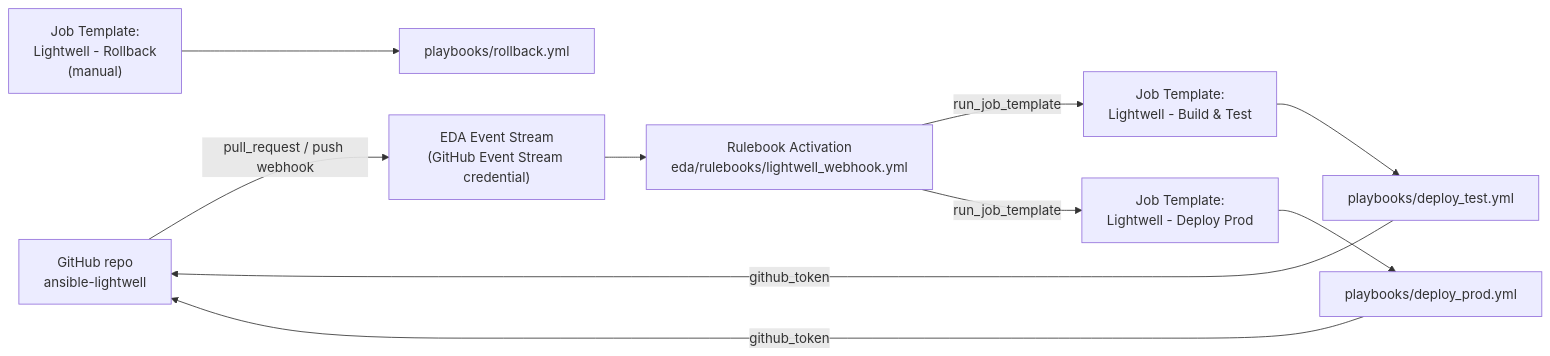
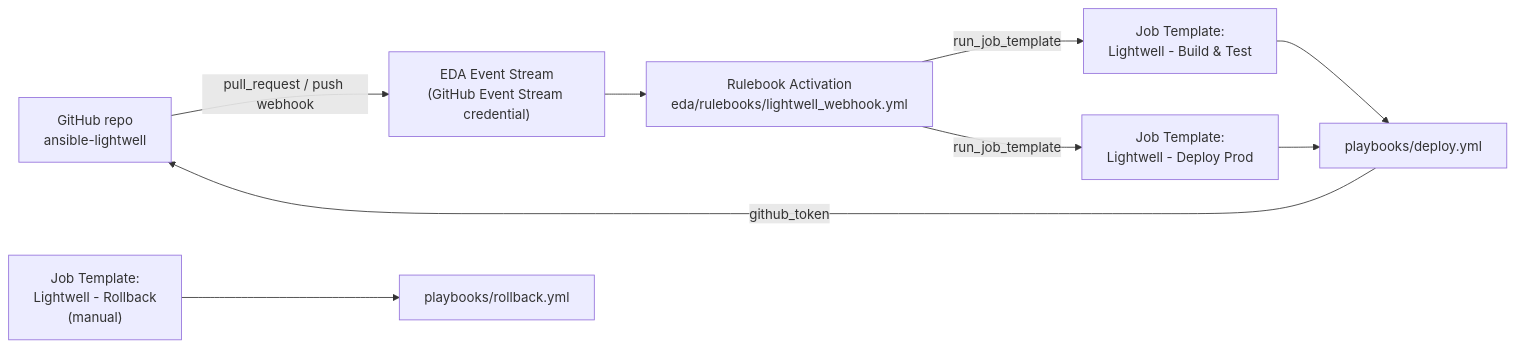
One commit to zjleblanc/ansible-lightwell changed the diagram in docs/aap-setup.md. Above: the diagram before and after it, drawn with Mermaid. The commit also changed other lines of this file and 12 other files, not shown here.

````diff
--- a/docs/aap-setup.md
+++ b/docs/aap-setup.md
@@ -18,12 +18,11 @@
 ```mermaid
 flowchart LR
     GH["GitHub repo\nansible-lightwell"] -->|"pull_request / push webhook"| ES["EDA Event Stream\n(GitHub Event Stream credential)"]
     ES --> RA["Rulebook Activation\neda/rulebooks/lightwell_webhook.yml"]
     RA -->|"run_job_template"| JT1["Job Template:\nLightwell - Build & Test"]
     RA -->|"run_job_template"| JT2["Job Template:\nLightwell - Deploy Prod"]
-    JT1 --> PB1["playbooks/deploy_test.yml"]
-    JT2 --> PB2["playbooks/deploy_prod.yml"]
-    PB1 -->|"github_token"| GH
-    PB2 -->|"github_token"| GH
+    JT1 --> PB["playbooks/deploy.yml"]
+    JT2 --> PB
+    PB -->|"github_token"| GH
     JT3["Job Template:\nLightwell - Rollback\n(manual)"] --> PB3["playbooks/rollback.yml"]
 ```
````
